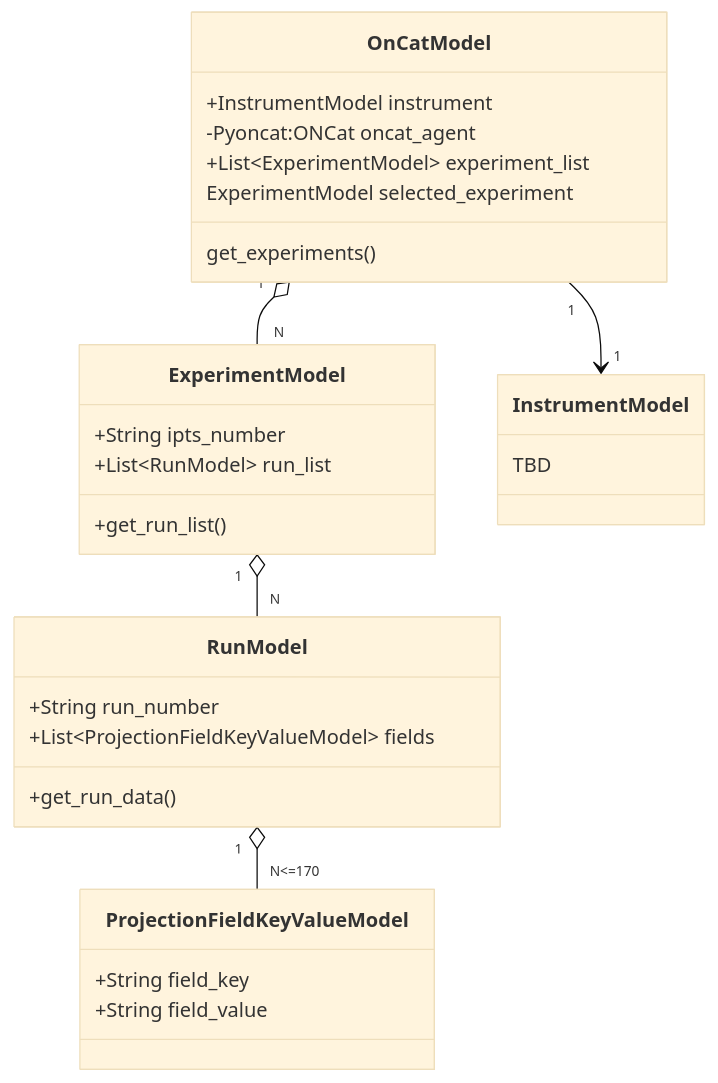
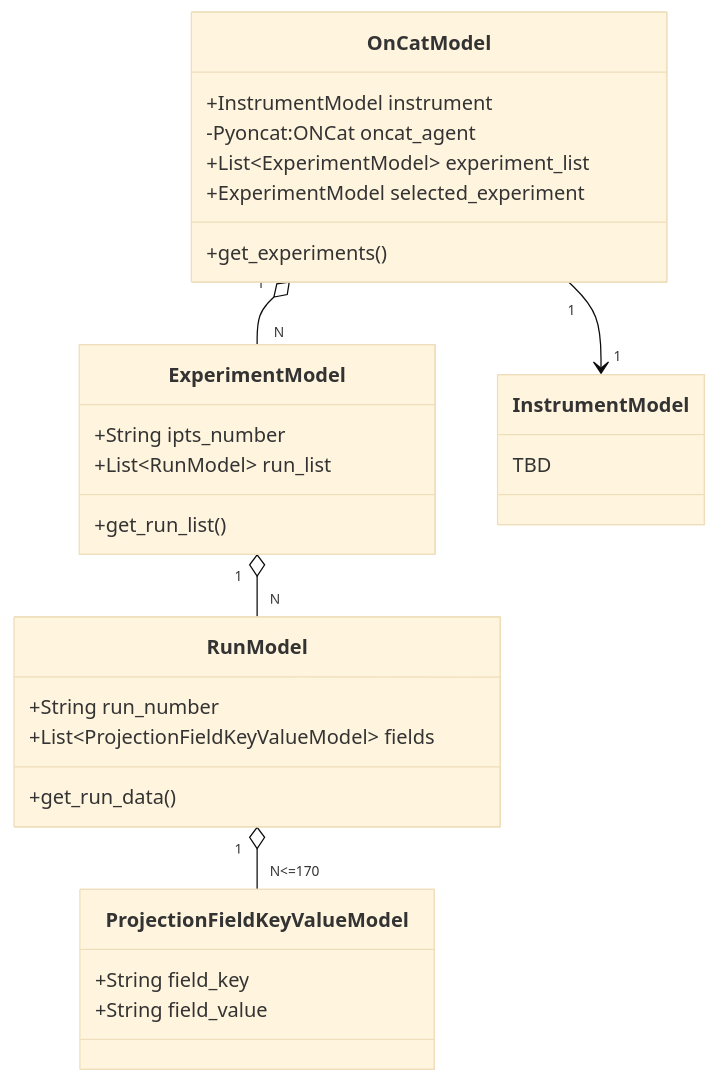
The diagram in docs/source/design/oncat_general.rst (neutrons/garnet), drawn with Mermaid (base theme) before and after one commit. The commit also changed other lines of this file and 3 other files, not shown here.

Commit message:
updates based on the option to fect the data without connecting to oncat, mvp diagrams, cleaning

```diff
--- a/docs/source/design/oncat_general.rst
+++ b/docs/source/design/oncat_general.rst
@@ -11,37 +11,37 @@
 .. mermaid::
 
  classDiagram
     OnCatModel "1" o--"N" ExperimentModel
     ExperimentModel "1" o--"N" RunModel
     OnCatModel "1" -->"1" InstrumentModel
     RunModel "1" o--"N<=170" ProjectionFieldKeyValueModel
 
     class OnCatModel{
         +InstrumentModel instrument
         -Pyoncat:ONCat oncat_agent
         +List~ExperimentModel~ experiment_list
-        ExperimentModel selected_experiment
-        get_experiments()
+        +ExperimentModel selected_experiment
+        +get_experiments()
     }
 
     class InstrumentModel{
         TBD
     }
     
 
     class ExperimentModel{
         +String ipts_number
         +List~RunModel~ run_list
         +get_run_list()
     }
 
     class RunModel{
         +String run_number
         +List~ProjectionFieldKeyValueModel~ fields
         +get_run_data()
 
     }
     class ProjectionFieldKeyValueModel{
         +String field_key
         +String field_value
     }
```
